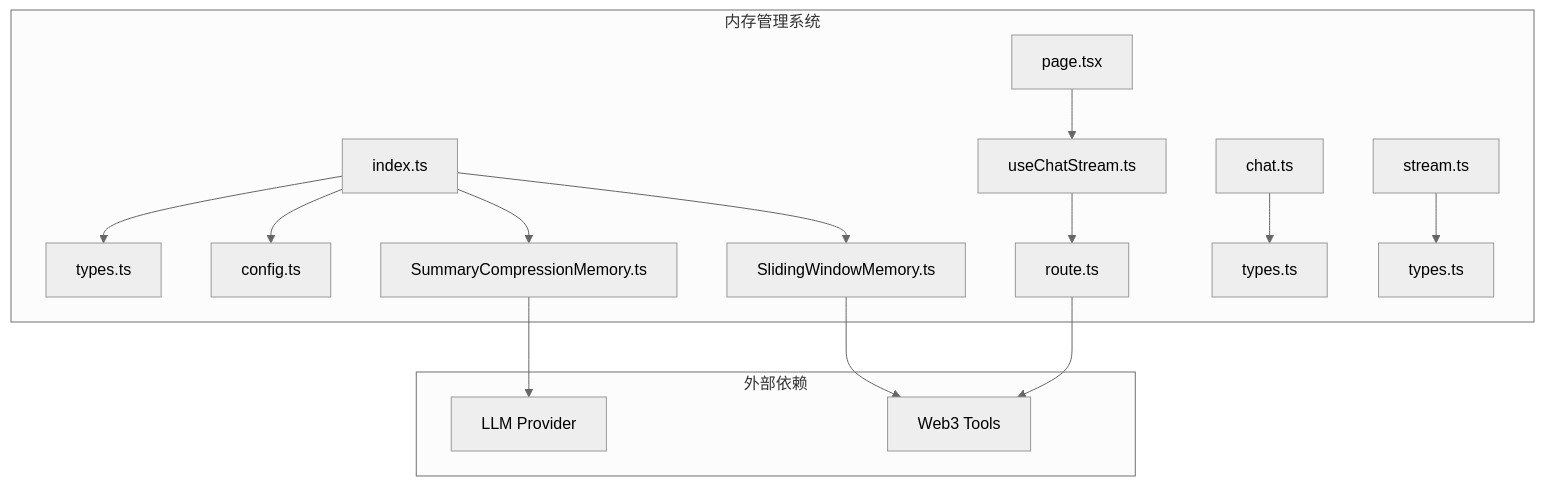
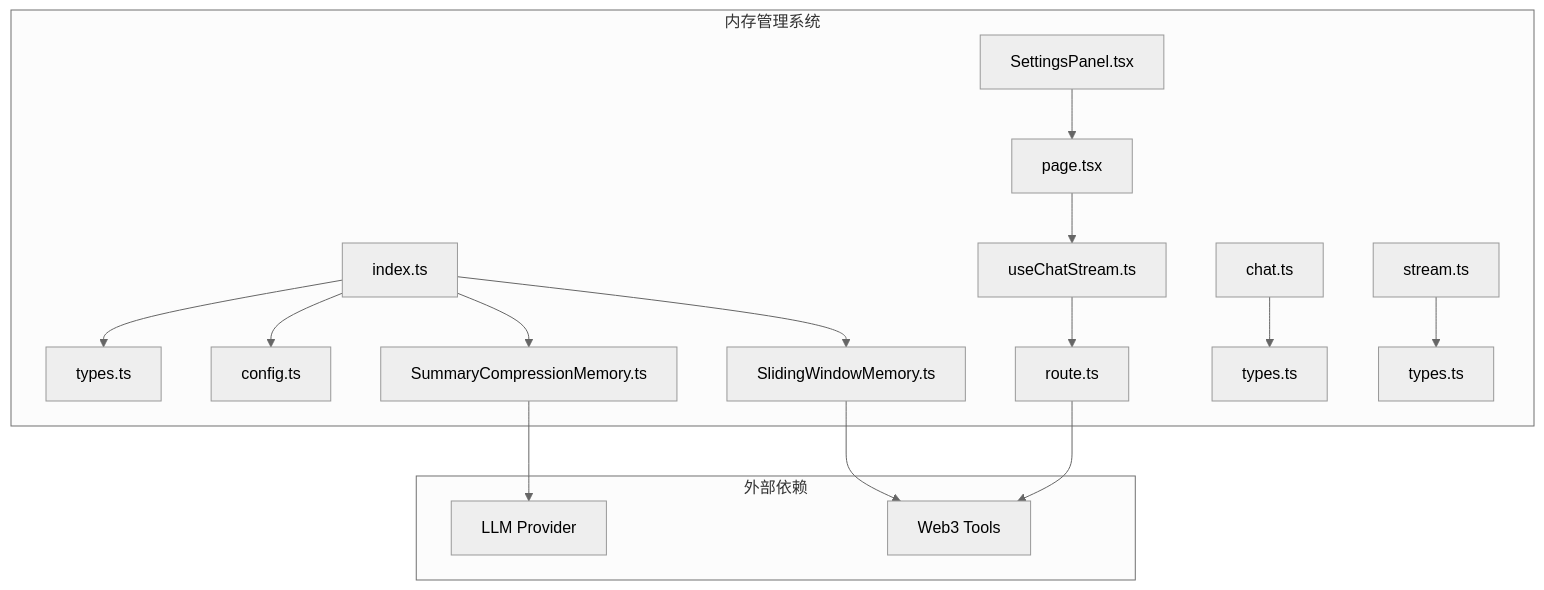
One commit to CryptoLinxu/Web3-AI-Agent changed the first of 12 diagrams in .qoder/repowiki/zh/content/核心技能详解/内存管理系统.md. Above: the diagram before and after it, drawn with Mermaid (neutral theme). The commit also changed other lines of this file and 23 other files, not shown here.

````diff
--- a/.qoder/repowiki/zh/content/核心技能详解/内存管理系统.md
+++ b/.qoder/repowiki/zh/content/核心技能详解/内存管理系统.md
@@ -43,20 +52,21 @@
 ```mermaid
 graph TB
 subgraph "内存管理系统"
 A[index.ts] --> B[types.ts]
 A --> C[config.ts]
 A --> D[SummaryCompressionMemory.ts]
 A --> E[SlidingWindowMemory.ts]
 F[page.tsx] --> G[useChatStream.ts]
 G --> H[route.ts]
 I[chat.ts] --> J[types.ts]
 K[stream.ts] --> L[types.ts]
+M[SettingsPanel.tsx] --> F
 end
 subgraph "外部依赖"
-M[LLM Provider]
-N[Web3 Tools]
+N[LLM Provider]
+O[Web3 Tools]
 end
-D --> M
-H --> N
-E --> N
+D --> N
+H --> O
+E --> O
 ```
````
